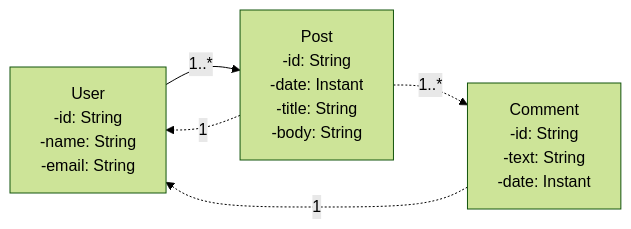
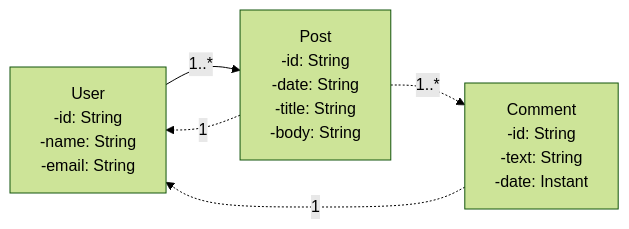
Before and after one commit to do5-5anto5/spring-boot-mongodb: the diagram in README.md, drawn with Mermaid (forest theme). The commit also changed 3 other files, not shown here.

````diff
--- a/README.md
+++ b/README.md
@@ -4,11 +4,11 @@
 ```mermaid
 graph LR
   User["User<br/>-id: String<br/>-name: String<br/>-email: String"]
-  Post["Post<br/>-id: String<br/>-date: Instant<br/>-title: String<br/>-body: String"]
+  Post["Post<br/>-id: String<br/>-date: String<br/>-title: String<br/>-body: String"]
   Comment["Comment<br/>-id: String<br/>-text: String<br/>-date: Instant"]
 
   User --> |1..*| Post
   Post -.->|1..*| Comment
   Post -.->|1| User
   Comment -.->|1| User
 ```
````
